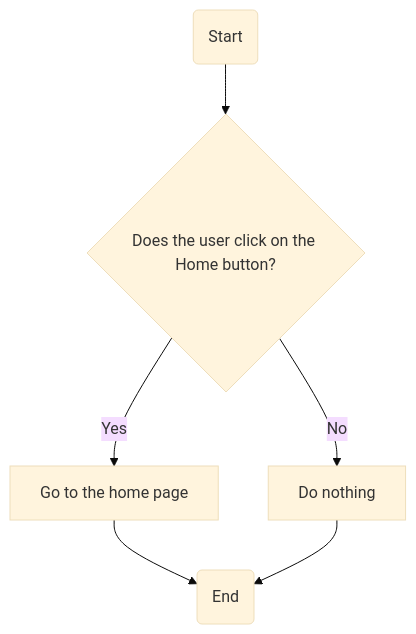
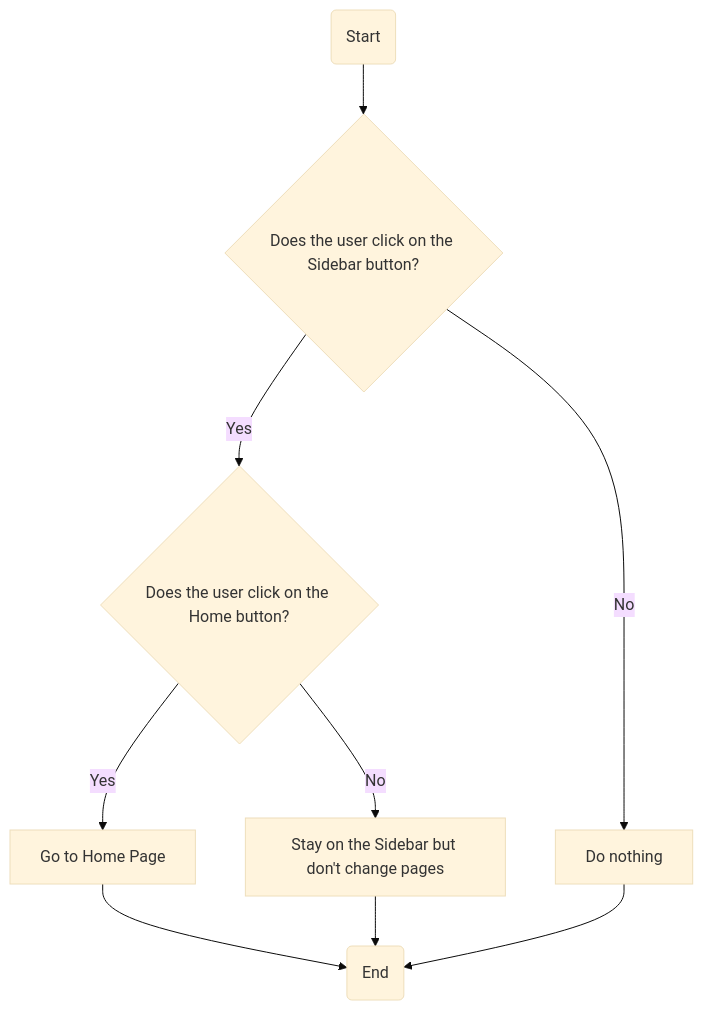
The first of 11 diagrams in Documents/Technical/technical_specifications.md (algosup/2024-2025-project-5-bubble-intermarche-team-2), drawn with Mermaid (base theme) before and after one commit. The commit also changed other lines of this file, not shown here.

````diff
--- a/Documents/Technical/technical_specifications.md
+++ b/Documents/Technical/technical_specifications.md
@@ -211,8 +211,11 @@
 ```mermaid
 graph TD
-    A(Start) --> B{Does the user click on the Home button?}
-    B -->|Yes| C[Go to the home page]
+    A(Start) --> B{Does the user click on the Sidebar button?}
+    B -->|Yes| C{Does the user click on the Home button?}
     B -->|No| D[Do nothing]
-    C --> E(End)
-    D --> E
+    C -->|Yes| E[Go to Home Page]
+    C -->|No| F[Stay on the Sidebar but don't change pages]
+    E --> G(End)
+    F --> G
+    D --> G
 ```
````
